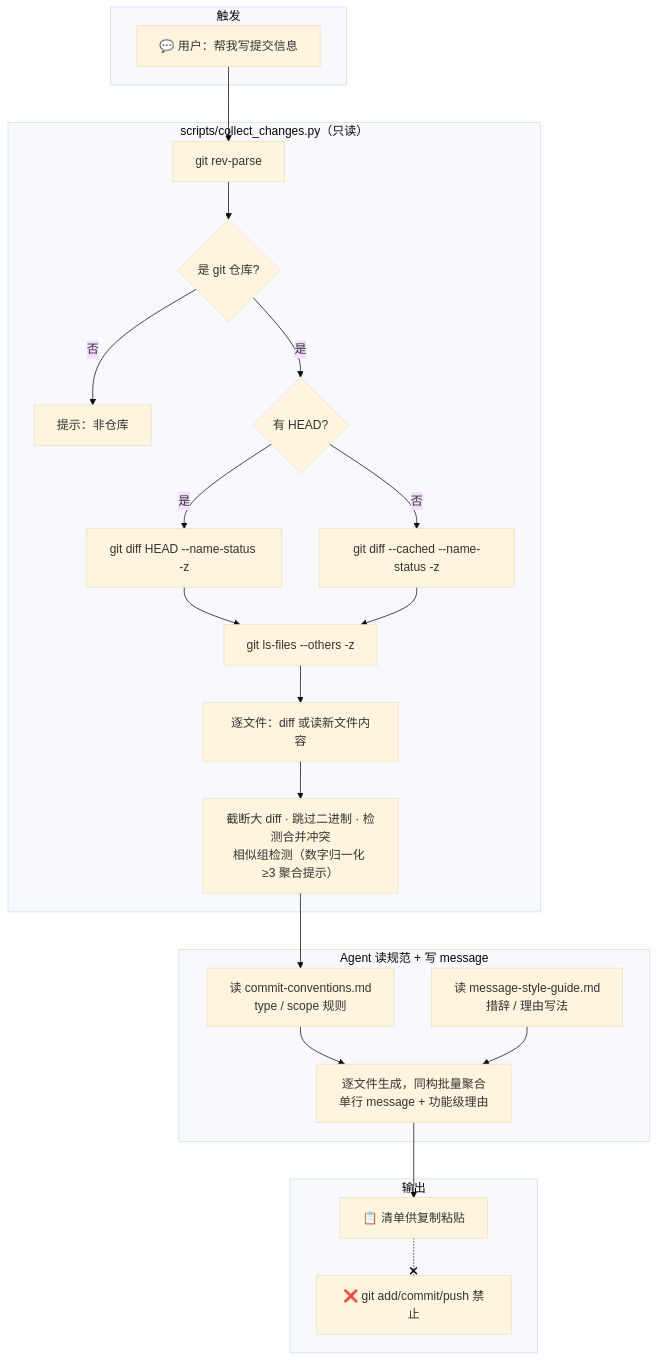
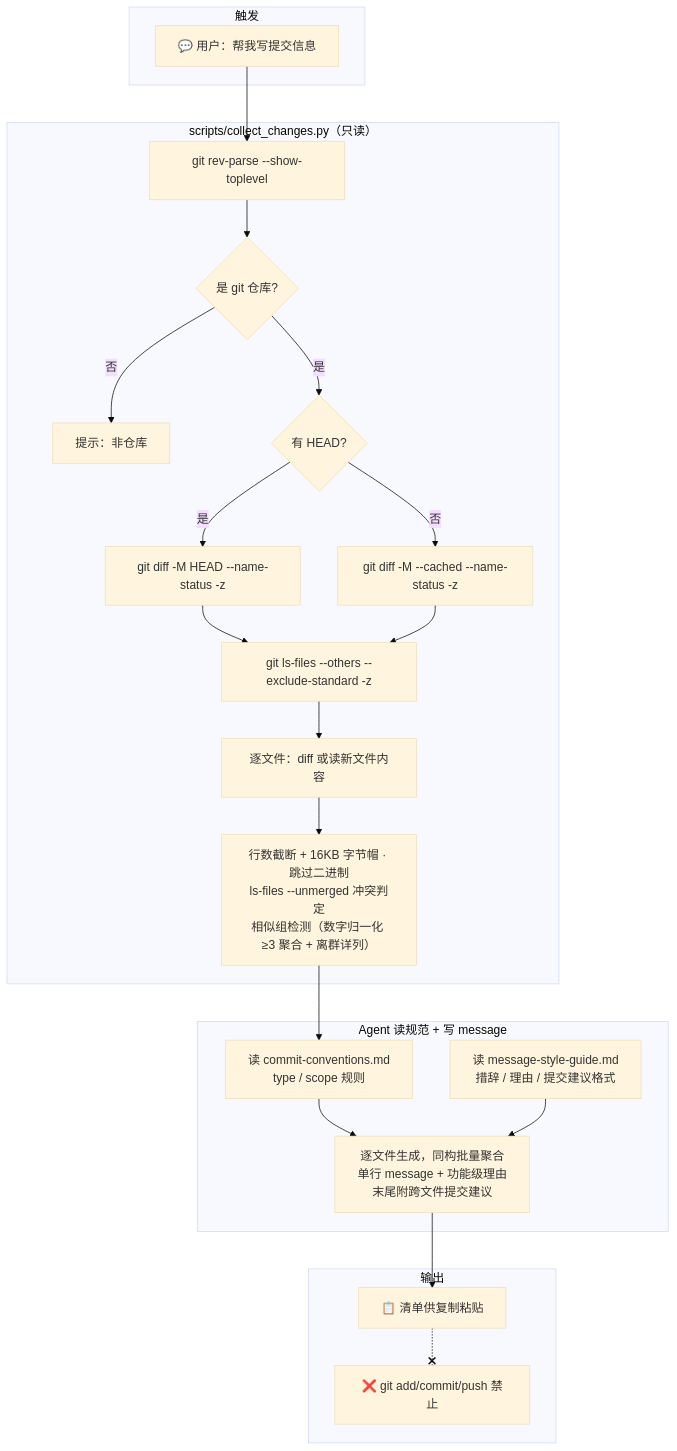
One commit to WeatherCore/Commit-Message-Assistant changed the diagram in README.md. Above: the diagram before and after it, drawn with Mermaid (base theme). The commit also changed other lines of this file, not shown here.

````diff
--- a/README.md
+++ b/README.md
@@ -27,34 +27,34 @@
 ```mermaid
 flowchart TB
     subgraph trigger["触发"]
         A["💬 用户：帮我写提交信息"]
     end
 
     subgraph collect["scripts/collect_changes.py（只读）"]
-        B["git rev-parse"] --> C{"是 git 仓库?"}
+        B["git rev-parse --show-toplevel"] --> C{"是 git 仓库?"}
         C -- 否 --> STOP["提示：非仓库"]
         C -- 是 --> D{"有 HEAD?"}
-        D -- 是 --> E["git diff HEAD --name-status -z"]
-        D -- 否 --> E2["git diff --cached --name-status -z"]
-        E --> F["git ls-files --others -z"]
+        D -- 是 --> E["git diff -M HEAD --name-status -z"]
+        D -- 否 --> E2["git diff -M --cached --name-status -z"]
+        E --> F["git ls-files --others --exclude-standard -z"]
         E2 --> F
         F --> G["逐文件：diff 或读新文件内容"]
-        G --> H["截断大 diff · 跳过二进制 · 检测合并冲突<br/>相似组检测（数字归一化 ≥3 聚合提示）"]
+        G --> H["行数截断 + 16KB 字节帽 · 跳过二进制<br/>ls-files --unmerged 冲突判定<br/>相似组检测（数字归一化 ≥3 聚合 + 离群详列）"]
     end
 
     subgraph generate["Agent 读规范 + 写 message"]
         I["读 commit-conventions.md<br/>type / scope 规则"]
-        J["读 message-style-guide.md<br/>措辞 / 理由写法"]
-        I & J --> K["逐文件生成，同构批量聚合<br/>单行 message + 功能级理由"]
+        J["读 message-style-guide.md<br/>措辞 / 理由 / 提交建议格式"]
+        I & J --> K["逐文件生成，同构批量聚合<br/>单行 message + 功能级理由<br/>末尾附跨文件提交建议"]
     end
 
     subgraph output["输出"]
         L["📋 清单供复制粘贴"]
         M["❌ git add/commit/push 禁止"]
     end
 
     A --> B
     H --> I
     K --> L
     L -.-x M
 ```
````
